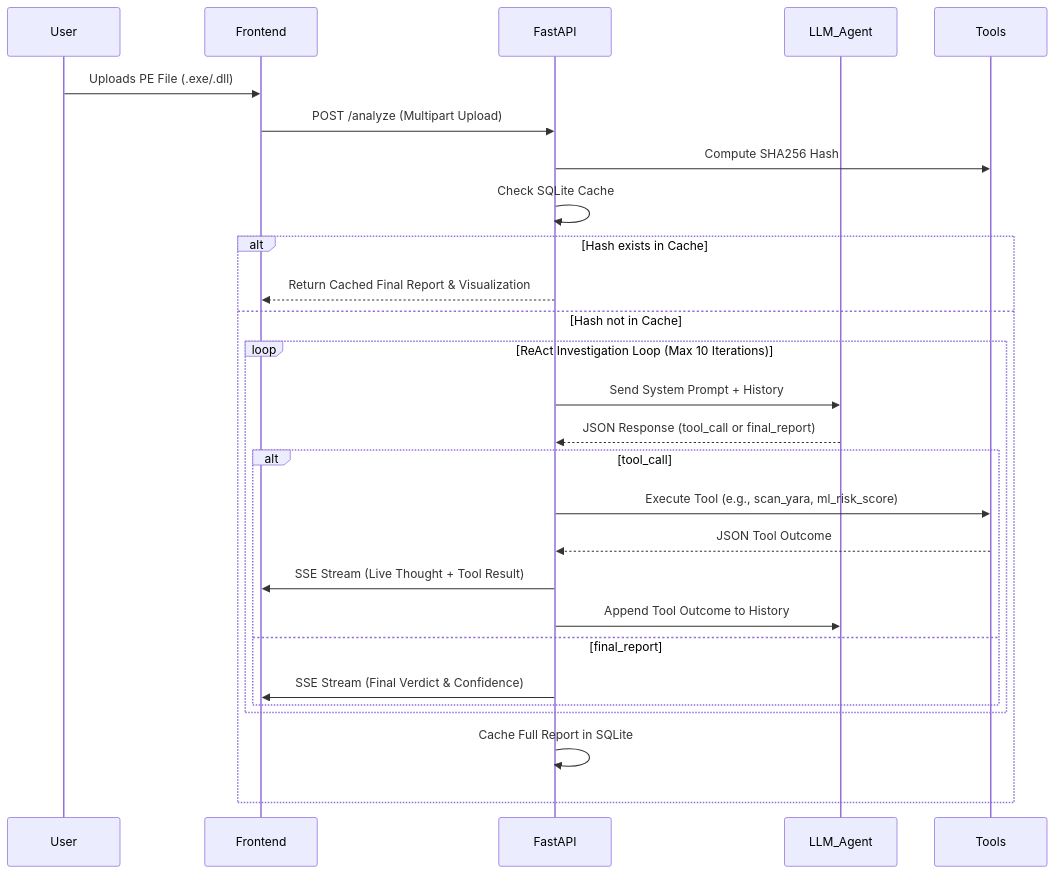
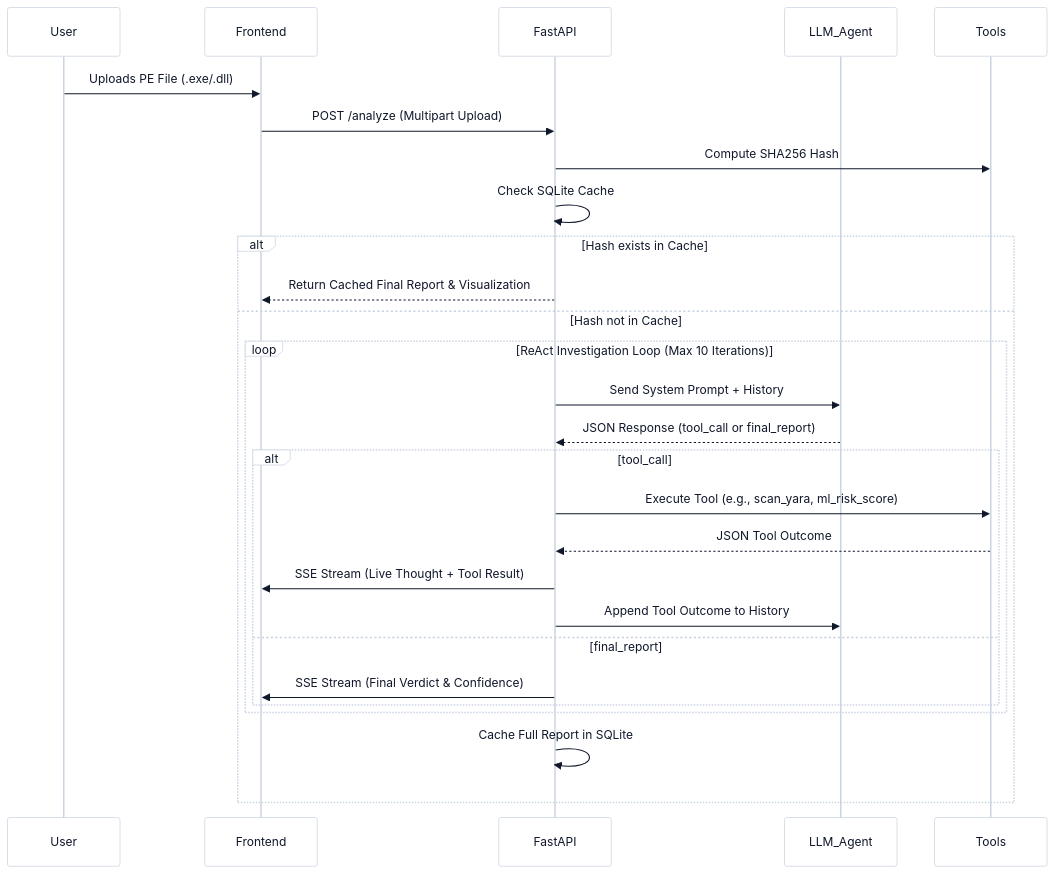
One commit to mohamedsameh20/MalWhere changed the first of 2 diagrams in README.md. Above: the diagram before and after it, drawn with Mermaid. The commit also changed other lines of this file, not shown here.

Commit message:
docs: Add UI snapshots and enforce light theme for Mermaid diagrams

````diff
--- a/README.md
+++ b/README.md
@@ -29,32 +43,33 @@
 ```mermaid
+%%{init: { 'theme': 'base', 'themeVariables': { 'primaryColor': '#f1f5f9', 'edgeColor': '#475569', 'actorBkg': '#ffffff', 'actorBorder': '#cbd5e1', 'lineColor': '#94a3b8', 'signalColor': '#0f172a', 'signalTextColor': '#0f172a', 'labelTextColor': '#0f172a', 'actorTextColor': '#0f172a' } }}%%
 sequenceDiagram
     participant User
     participant Frontend
     participant FastAPI
     participant LLM_Agent
     participant Tools
 
     User->>Frontend: Uploads PE File (.exe/.dll)
     Frontend->>FastAPI: POST /analyze (Multipart Upload)
     FastAPI->>Tools: Compute SHA256 Hash
     FastAPI->>FastAPI: Check SQLite Cache
     
     alt Hash exists in Cache
         FastAPI-->>Frontend: Return Cached Final Report & Visualization
     else Hash not in Cache
         loop ReAct Investigation Loop (Max 10 Iterations)
             FastAPI->>LLM_Agent: Send System Prompt + History
             LLM_Agent-->>FastAPI: JSON Response (tool_call or final_report)
             
             alt tool_call
                 FastAPI->>Tools: Execute Tool (e.g., scan_yara, ml_risk_score)
                 Tools-->>FastAPI: JSON Tool Outcome
                 FastAPI->>Frontend: SSE Stream (Live Thought + Tool Result)
                 FastAPI->>LLM_Agent: Append Tool Outcome to History
             else final_report
                 FastAPI->>Frontend: SSE Stream (Final Verdict & Confidence)
             end
         end
         FastAPI->>FastAPI: Cache Full Report in SQLite
     end
 ```
````
